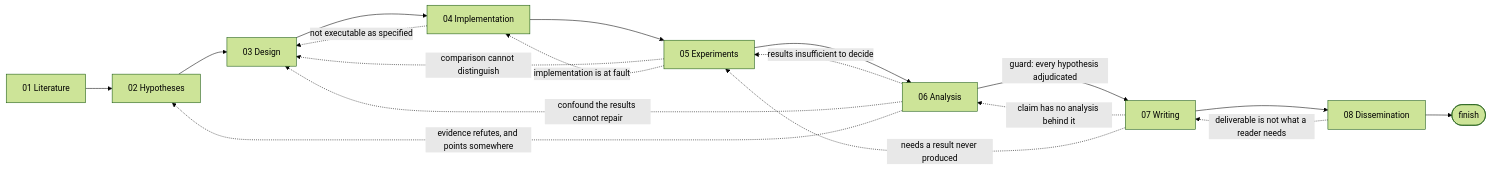
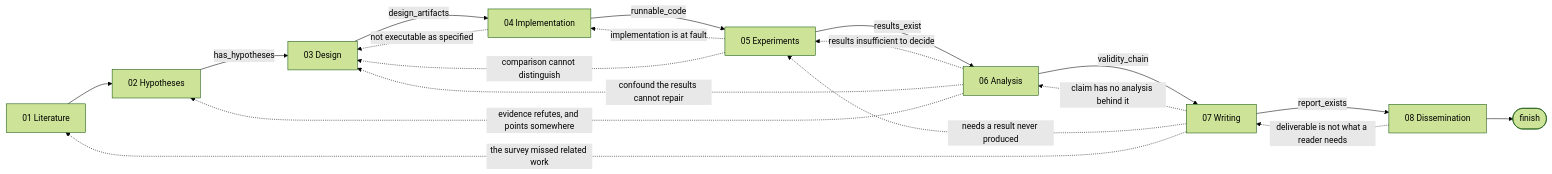
The first of 2 diagrams in README.md (tangxiangru/AutoR), drawn with Mermaid (forest theme) before and after one commit. The commit also changed other lines of this file and 5 other files, not shown here.

````diff
--- a/README.md
+++ b/README.md
@@ -477,21 +273,22 @@
 ```mermaid
 flowchart LR
     S1[01 Literature] --> S2[02 Hypotheses]
-    S2 --> S3[03 Design]
-    S3 --> S4[04 Implementation]
-    S4 --> S5[05 Experiments]
-    S5 --> S6[06 Analysis]
-    S6 -->|guard: every hypothesis adjudicated| S7[07 Writing]
-    S7 --> S8[08 Dissemination]
+    S2 -->|has_hypotheses| S3[03 Design]
+    S3 -->|design_artifacts| S4[04 Implementation]
+    S4 -->|runnable_code| S5[05 Experiments]
+    S5 -->|results_exist| S6[06 Analysis]
+    S6 -->|validity_chain| S7[07 Writing]
+    S7 -->|report_exists| S8[08 Dissemination]
     S8 --> Z([finish])
 
     S4 -.->|not executable as specified| S3
+    S5 -.->|implementation is at fault| S4
     S5 -.->|comparison cannot distinguish| S3
-    S5 -.->|implementation is at fault| S4
     S6 -.->|results insufficient to decide| S5
     S6 -.->|confound the results cannot repair| S3
     S6 -.->|evidence refutes, and points somewhere| S2
     S7 -.->|claim has no analysis behind it| S6
     S7 -.->|needs a result never produced| S5
+    S7 -.->|the survey missed related work| S1
     S8 -.->|deliverable is not what a reader needs| S7
 ```
````
